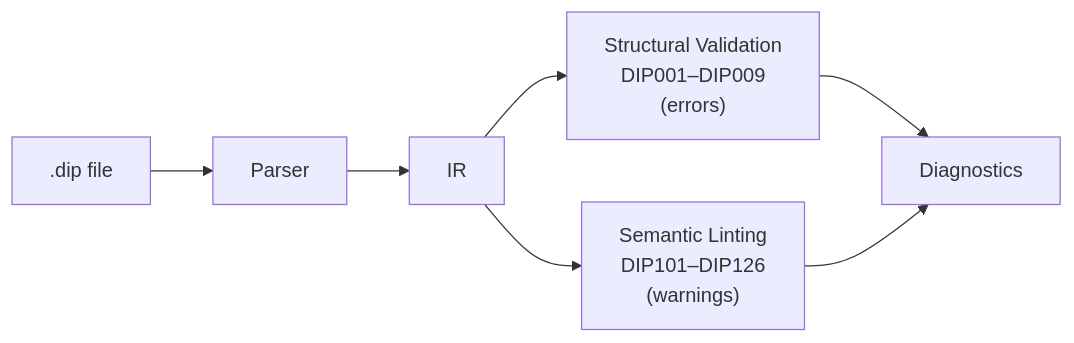
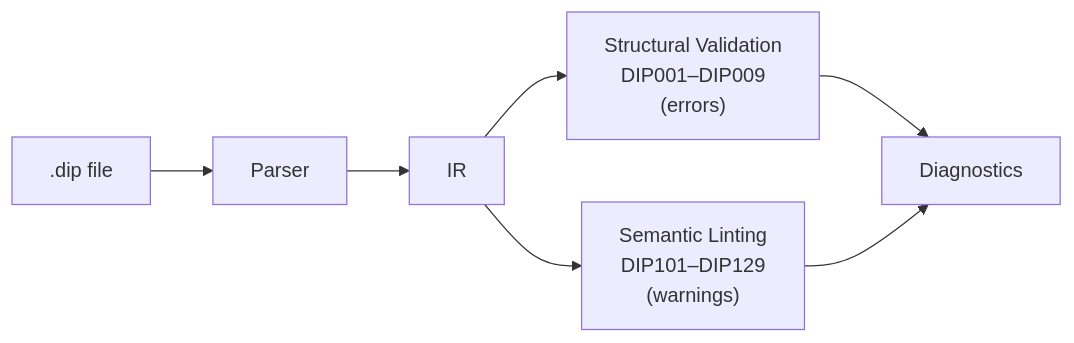
The diagram in docs/validation.md (michellepellon/dippin-lang), drawn with Mermaid before and after one commit. The commit also changed other lines of this file and 4 other files, not shown here.

````diff
--- a/docs/validation.md
+++ b/docs/validation.md
@@ -10,9 +10,9 @@
 ```mermaid
 graph LR
     SRC[".dip file"] --> PARSE["Parser"]
     PARSE --> IR["IR"]
     IR --> VAL["Structural Validation<br>DIP001–DIP009<br>(errors)"]
-    IR --> LINT["Semantic Linting<br>DIP101–DIP126<br>(warnings)"]
+    IR --> LINT["Semantic Linting<br>DIP101–DIP129<br>(warnings)"]
     VAL --> DIAG["Diagnostics"]
     LINT --> DIAG
 ```
````
